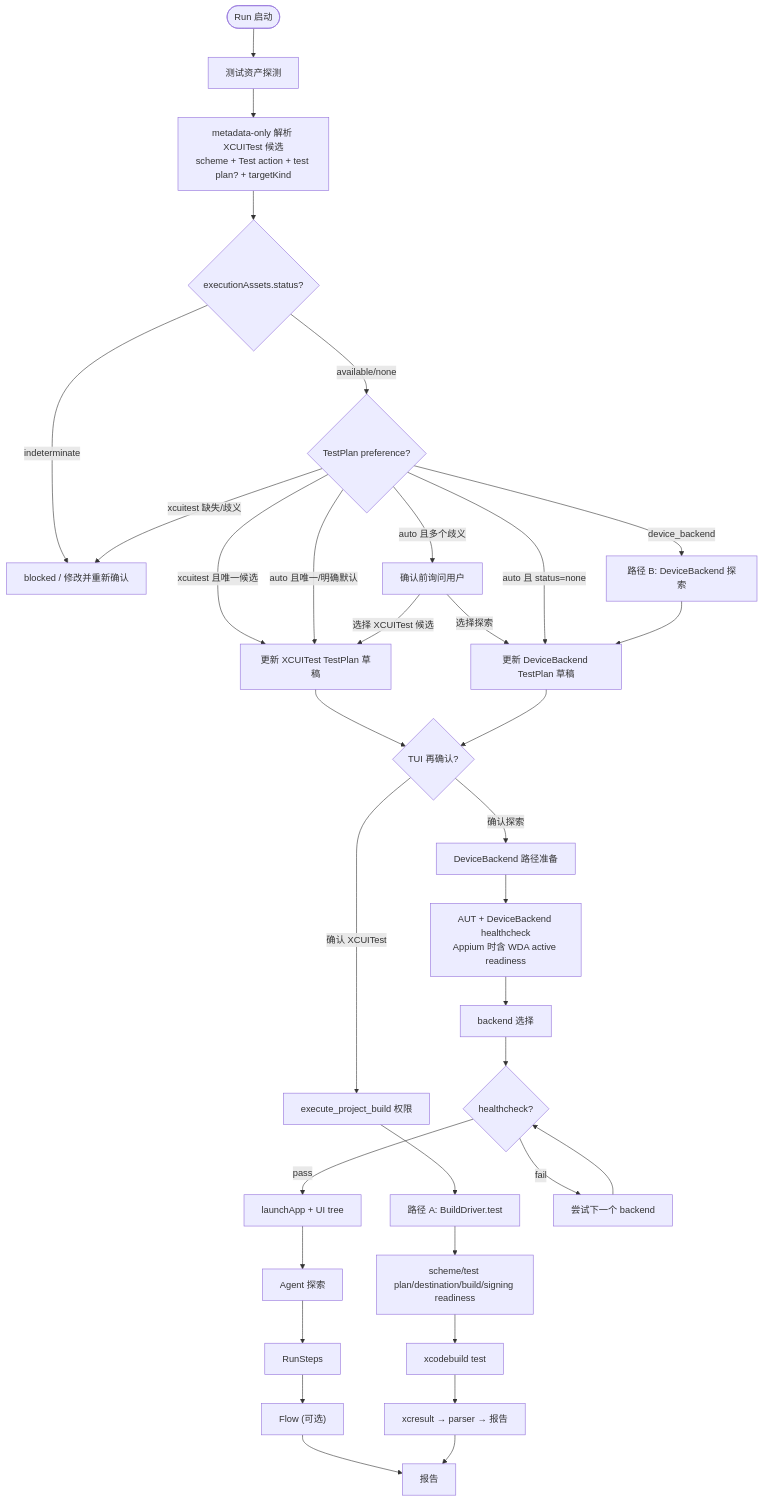
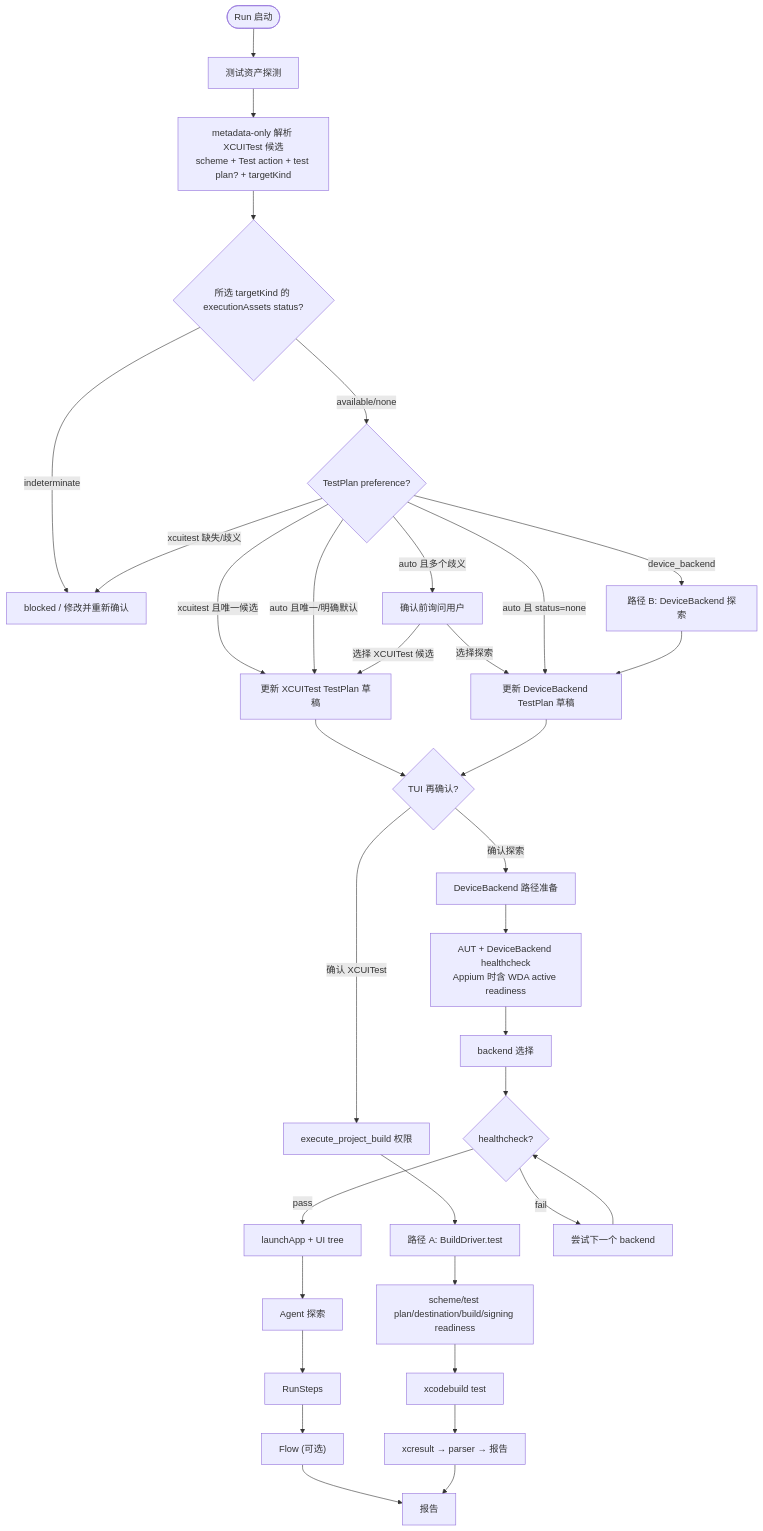
Before and after one commit to logan-suu/iTestAgent: the fourth of 5 diagrams in docs/02-architecture/架构设计文档.md, drawn with Mermaid. The commit also changed other lines of this file and 16 other files, not shown here.

````diff
--- a/docs/02-architecture/架构设计文档.md
+++ b/docs/02-architecture/架构设计文档.md
@@ -200,36 +200,36 @@
 ```mermaid
 flowchart TD
     Start(["Run 启动"]) --> Detect["测试资产探测"]
     Detect --> Resolve["metadata-only 解析 XCUITest 候选<br/>scheme + Test action + test plan? + targetKind"]
-    Resolve --> Discovery{"executionAssets.status?"}
+    Resolve --> Discovery{"所选 targetKind 的 executionAssets status?"}
     Discovery -->|indeterminate| Blocked["blocked / 修正后重新确认"]
     Discovery -->|available/none| Preference{"TestPlan preference?"}
     Preference -->|device_backend| PathB["路径 B: DeviceBackend 探索"]
     Preference -->|xcuitest 且唯一候选| DraftA["更新 XCUITest TestPlan 草稿"]
     Preference -->|xcuitest 缺失/歧义| Blocked["blocked / 修改并重新确认"]
     Preference -->|auto 且唯一/明确默认| DraftA
     Preference -->|auto 且多个歧义| Ask["确认前询问用户"]
     Ask -->|选择 XCUITest 候选| DraftA
     Ask -->|选择探索| DraftB["更新 DeviceBackend TestPlan 草稿"]
     Preference -->|auto 且 status=none| DraftB
     PathB --> DraftB
     DraftA --> Confirm{"TUI 再确认?"}
     DraftB --> Confirm
     Confirm -->|确认 XCUITest| BuildPermission["execute_project_build 权限"]
     Confirm -->|确认探索| PathBReady["DeviceBackend 路径准备"]
     BuildPermission --> PathA["路径 A: BuildDriver.test"]
     PathA --> TestReady["scheme/test plan/destination/build/signing readiness"]
     PathBReady --> DeviceReady["AUT + DeviceBackend healthcheck<br/>Appium 时含 WDA active readiness"]
     TestReady --> XcodeTest["xcodebuild test"]
     DeviceReady --> SelectBackend["backend 选择"]
     XcodeTest --> XCResult["xcresult → parser → 报告"]
     SelectBackend --> Health{"healthcheck?"}
     Health -->|pass| Launch["launchApp + UI tree"]
     Health -->|fail| Next["尝试下一个 backend"]
     Next --> Health
     Launch --> Explore["Agent 探索"]
     Explore --> Steps["RunSteps"]
     Steps --> Flow["Flow (可选)"]
     Flow --> Report["报告"]
     XCResult --> Report
 ```
````
